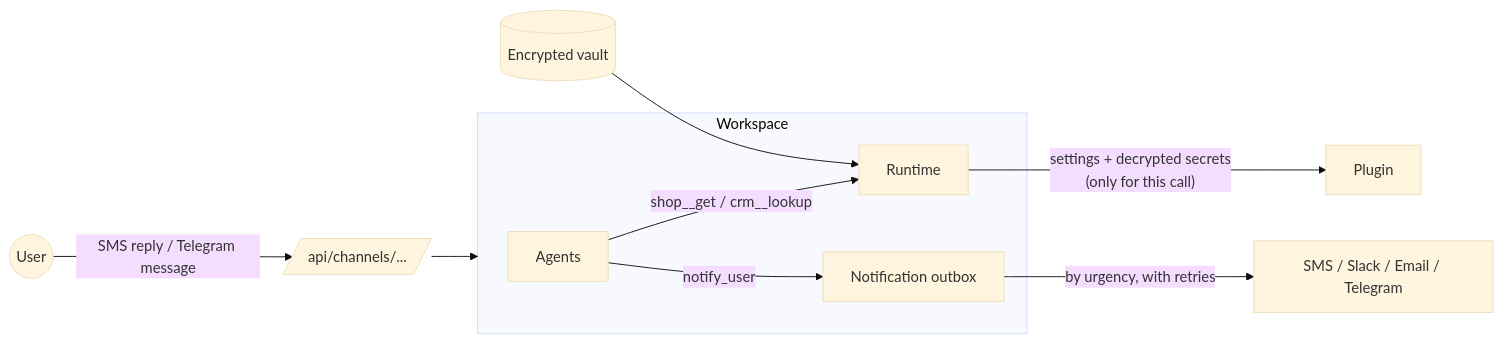
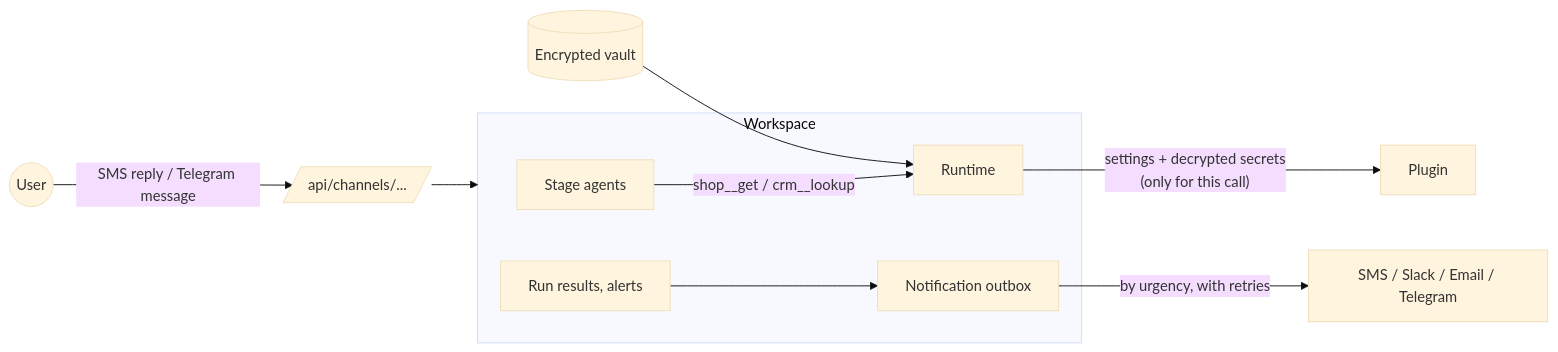
The diagram in docs/plugins.md (kaypee90/aktor-agents), drawn with Mermaid (base theme) before and after one commit. The commit also changed other lines of this file and 97 other files, not shown here.

````diff
--- a/docs/plugins.md
+++ b/docs/plugins.md
@@ -13,11 +13,11 @@
 ```mermaid
 flowchart LR
     subgraph Workspace
-      A[Agents] -- "shop__get / crm__lookup" --> R[Runtime]
-      A -- notify_user --> O[Notification outbox]
+      A[Stage agents] -- "shop__get / crm__lookup" --> R[Runtime]
+      Run[Run results, alerts] --> O[Notification outbox]
     end
     R -- "settings + decrypted secrets<br/>(only for this call)" --> P[Plugin]
     V[(Encrypted vault)] --> R
     O -- "by urgency, with retries" --> C[SMS / Slack / Email / Telegram]
     U((User)) -- "SMS reply / Telegram message" --> I[/api/channels/.../] --> Workspace
 ```
````
